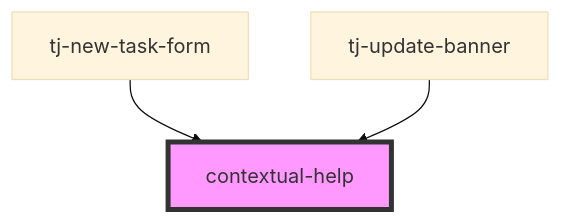
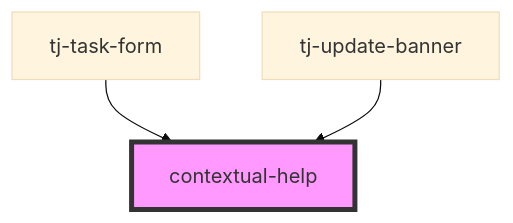
The diagram in src/components/contextual-help/readme.md (davids-ensemble/tj-jira-panel), drawn with Mermaid (base theme) before and after one commit. The commit also changed other lines of this file and 16 other files, not shown here.

````diff
--- a/src/components/contextual-help/readme.md
+++ b/src/components/contextual-help/readme.md
@@ -36,6 +36,6 @@
 ```mermaid
 graph TD;
-  tj-new-task-form --> contextual-help
+  tj-task-form --> contextual-help
   tj-update-banner --> contextual-help
   style contextual-help fill:#f9f,stroke:#333,stroke-width:4px
 ```
````
